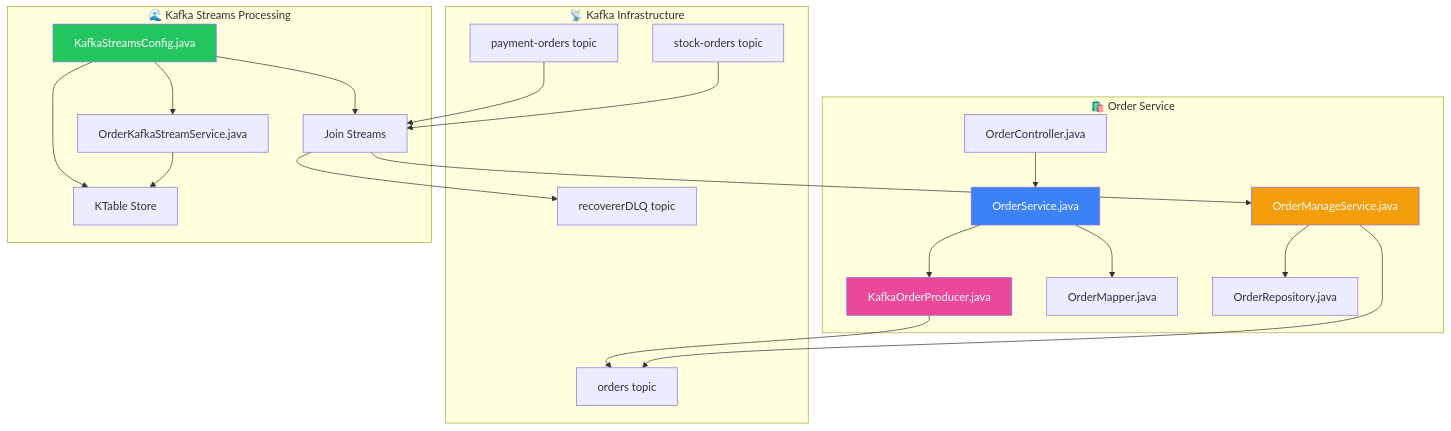
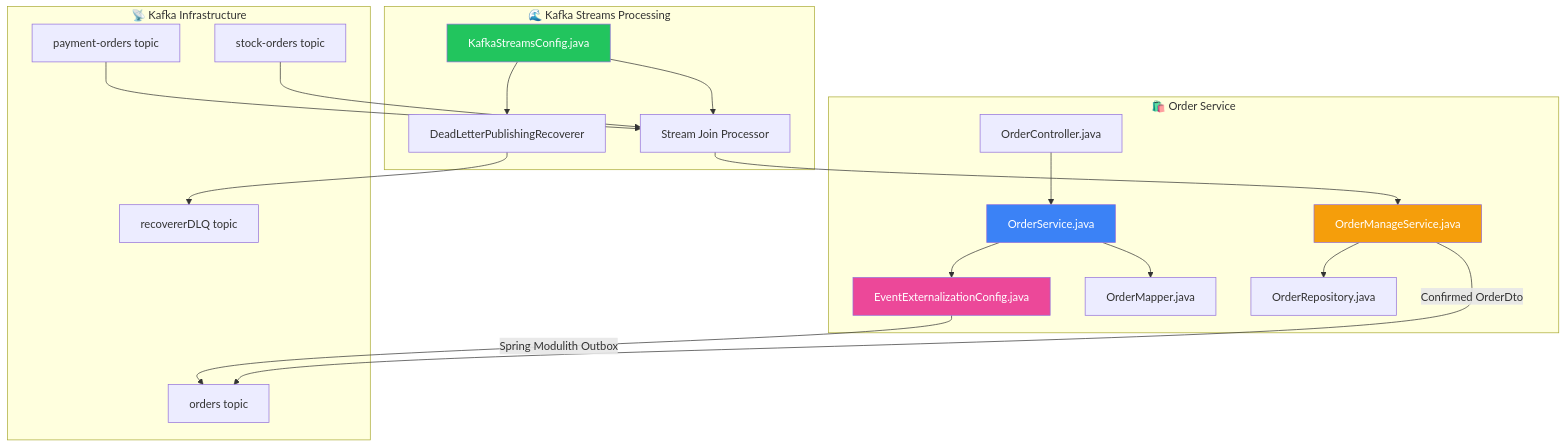
Before and after one commit to rajadilipkolli/spring-boot-microservices-series-v2: the first of 3 diagrams in order-service/docs/01-Event-Driven-Architecture-Deep-Dive.md, drawn with Mermaid. The commit also changed other lines of this file and 51 other files, not shown here.

````diff
--- a/order-service/docs/01-Event-Driven-Architecture-Deep-Dive.md
+++ b/order-service/docs/01-Event-Driven-Architecture-Deep-Dive.md
@@ -23,35 +22,33 @@
 ```mermaid
 graph TB
     subgraph "🛍️ Order Service"
-        OS[OrderService.java] --> KOP[KafkaOrderProducer.java]
+        OS[OrderService.java] --> EEC[EventExternalizationConfig.java]
         OS --> OM[OrderMapper.java]
         OC[OrderController.java] --> OS
         OMS[OrderManageService.java] --> OR[OrderRepository.java]
     end
     
     subgraph "📡 Kafka Infrastructure"
         OT[orders topic] 
         POT[payment-orders topic]
         SOT[stock-orders topic]
         DLQ[recovererDLQ topic]
     end
     
     subgraph "🌊 Kafka Streams Processing"
-        KSC[KafkaStreamsConfig.java] --> OKSS[OrderKafkaStreamService.java]
-        KSC --> KT[KTable Store]
-        KSC --> JS[Join Streams]
+        KSC[KafkaStreamsConfig.java] --> JS[Stream Join Processor]
+        KSC --> DLQP[DeadLetterPublishingRecoverer]
     end
     
-    KOP --> OT
+    EEC --> |"Spring Modulith Outbox"| OT
     POT --> JS
     SOT --> JS
     JS --> OMS
-    OMS --> OT
-    JS --> DLQ
-    OKSS --> KT
+    OMS --> |"Confirmed OrderDto"| OT
+    DLQP --> DLQ
     
     style OS fill:#3b82f6,color:#ffffff
-    style KOP fill:#ec4899,color:#ffffff
+    style EEC fill:#ec4899,color:#ffffff
     style KSC fill:#22c55e,color:#ffffff
     style OMS fill:#f59e0b,color:#ffffff
 ```
````
